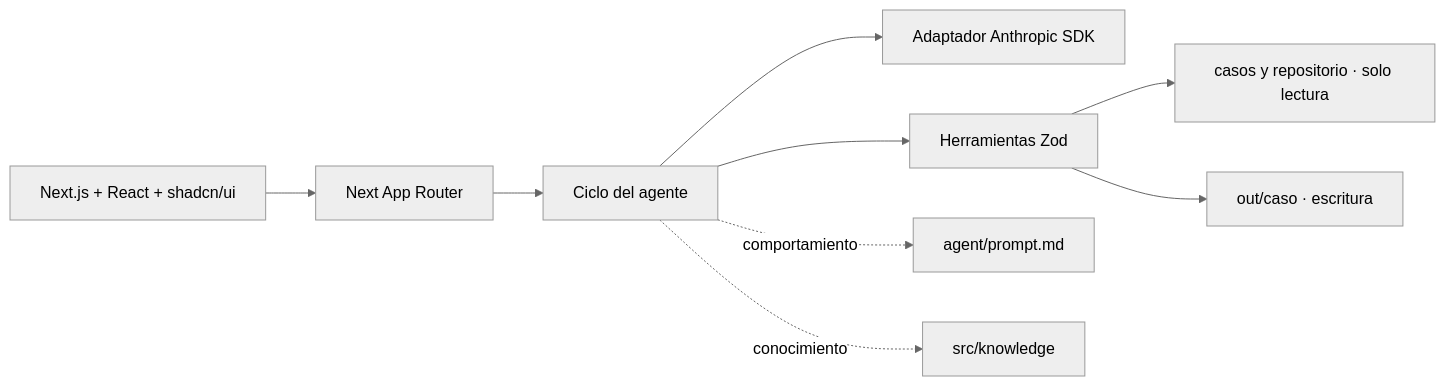
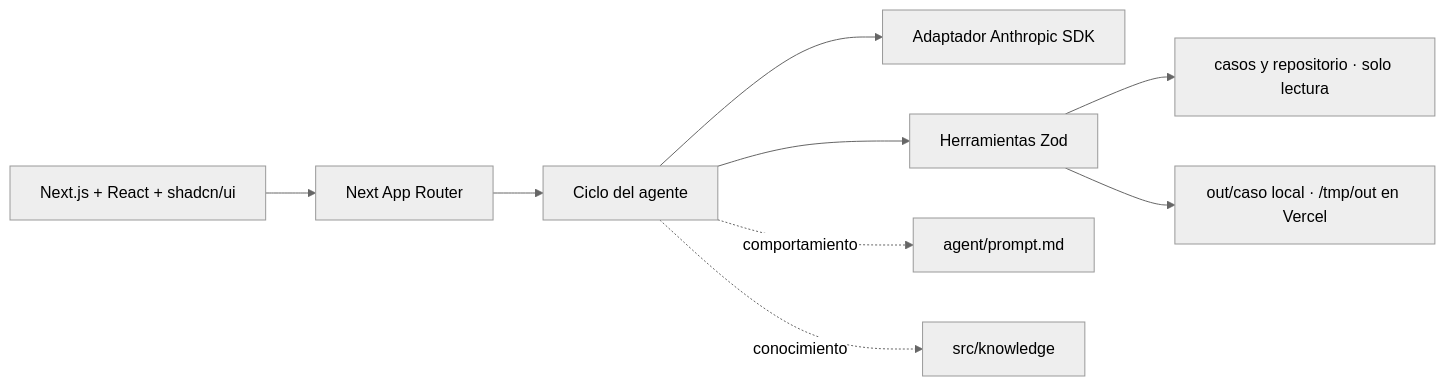
Before and after one commit to Dalejo505/reto-01-registro-proveedor: the diagram in SOLUCION.md, drawn with Mermaid (neutral theme). The commit also changed other lines of this file and 1 other file, not shown here.

````diff
--- a/SOLUCION.md
+++ b/SOLUCION.md
@@ -9,11 +20,11 @@
 ```mermaid
 flowchart LR
   UI[Next.js + React + shadcn/ui] --> API[Next App Router]
   API --> Agent[Ciclo del agente]
   Agent --> LLM[Adaptador Anthropic SDK]
   Agent --> Tools[Herramientas Zod]
   Tools --> Fixtures[casos y repositorio · solo lectura]
-  Tools --> Out[out/caso · escritura]
+  Tools --> Out[out/caso local · /tmp/out en Vercel]
   Agent -. comportamiento .-> Prompt[agent/prompt.md]
   Agent -. conocimiento .-> Knowledge[src/knowledge]
 ```
````
